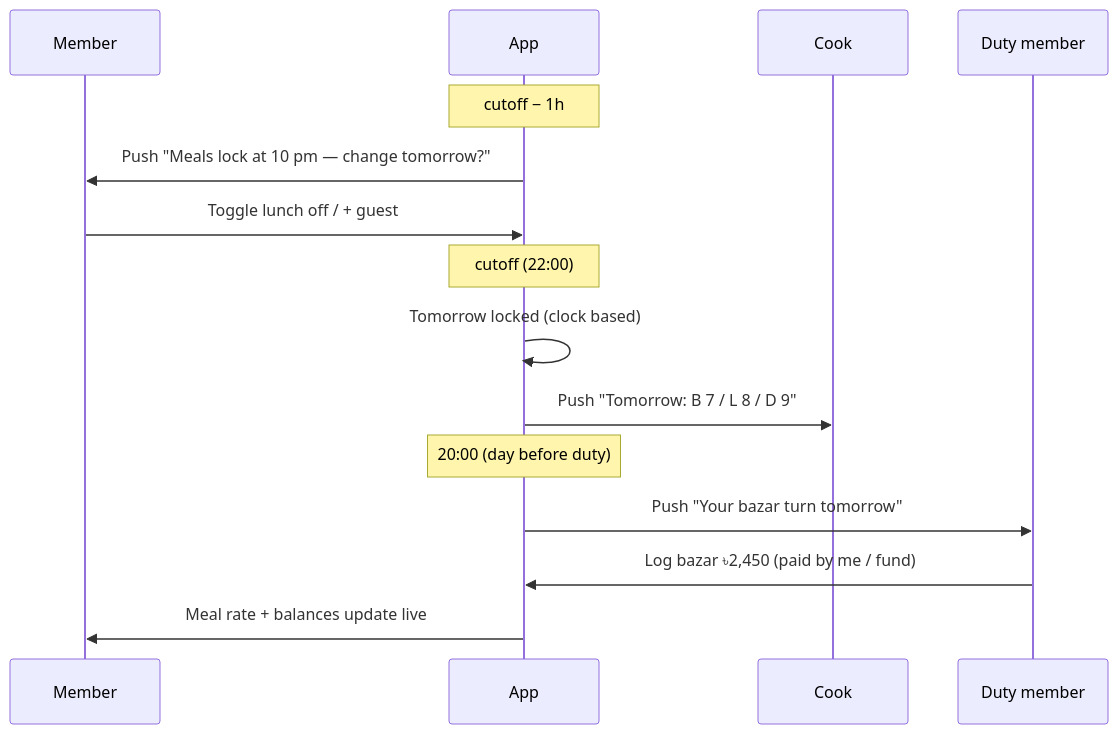
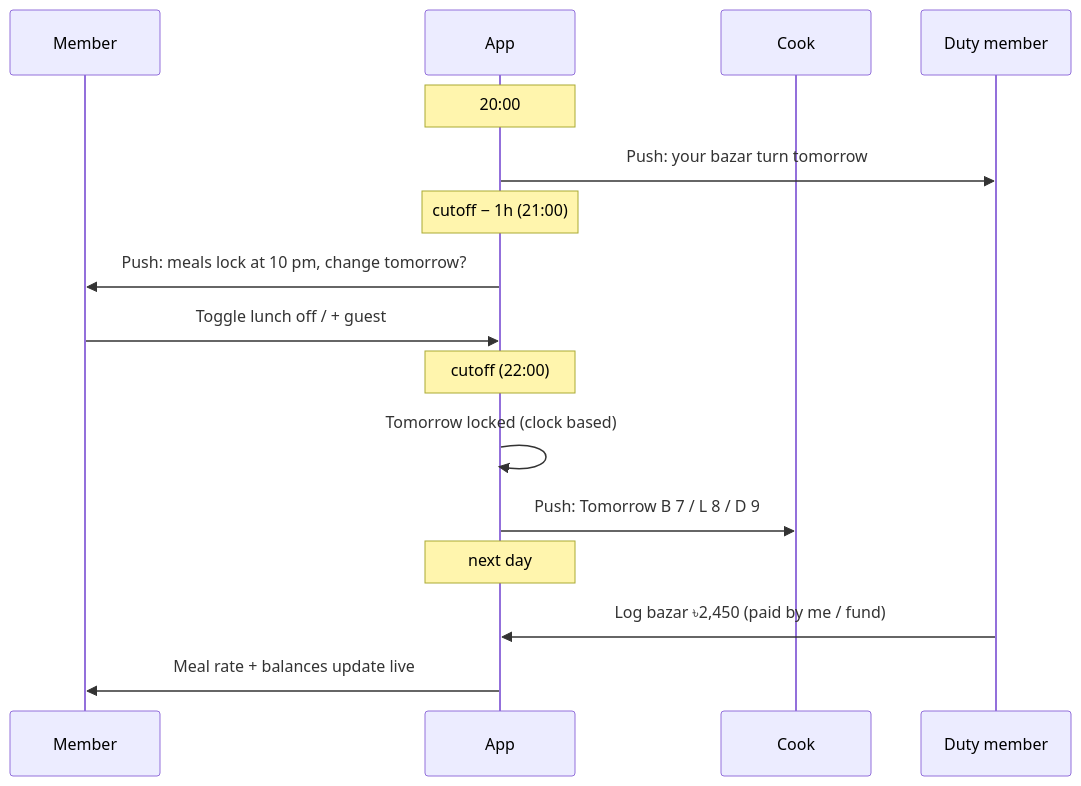
The third of 4 diagrams in docs/APP_FLOW.md (07fahim/bashabook), drawn with Mermaid before and after one commit. The commit also changed other lines of this file and 6 other files, not shown here.

Commit message:
fix: apply review findings to schema, engine plan and docs

````diff
--- a/docs/APP_FLOW.md
+++ b/docs/APP_FLOW.md
@@ -41,17 +43,18 @@
 ```mermaid
 sequenceDiagram
   participant Mem as Member
   participant App
   participant Cook
   participant Duty as Duty member
-  Note over App: cutoff − 1h
-  App->>Mem: Push "Meals lock at 10 pm — change tomorrow?"
+  Note over App: 20:00
+  App->>Duty: Push: your bazar turn tomorrow
+  Note over App: cutoff − 1h (21:00)
+  App->>Mem: Push: meals lock at 10 pm, change tomorrow?
   Mem->>App: Toggle lunch off / + guest
   Note over App: cutoff (22:00)
   App->>App: Tomorrow locked (clock based)
-  App->>Cook: Push "Tomorrow: B 7 / L 8 / D 9"
-  Note over App: 20:00 (day before duty)
-  App->>Duty: Push "Your bazar turn tomorrow"
+  App->>Cook: Push: Tomorrow B 7 / L 8 / D 9
+  Note over App: next day
   Duty->>App: Log bazar ৳2,450 (paid by me / fund)
   App->>Mem: Meal rate + balances update live
 ```
````
